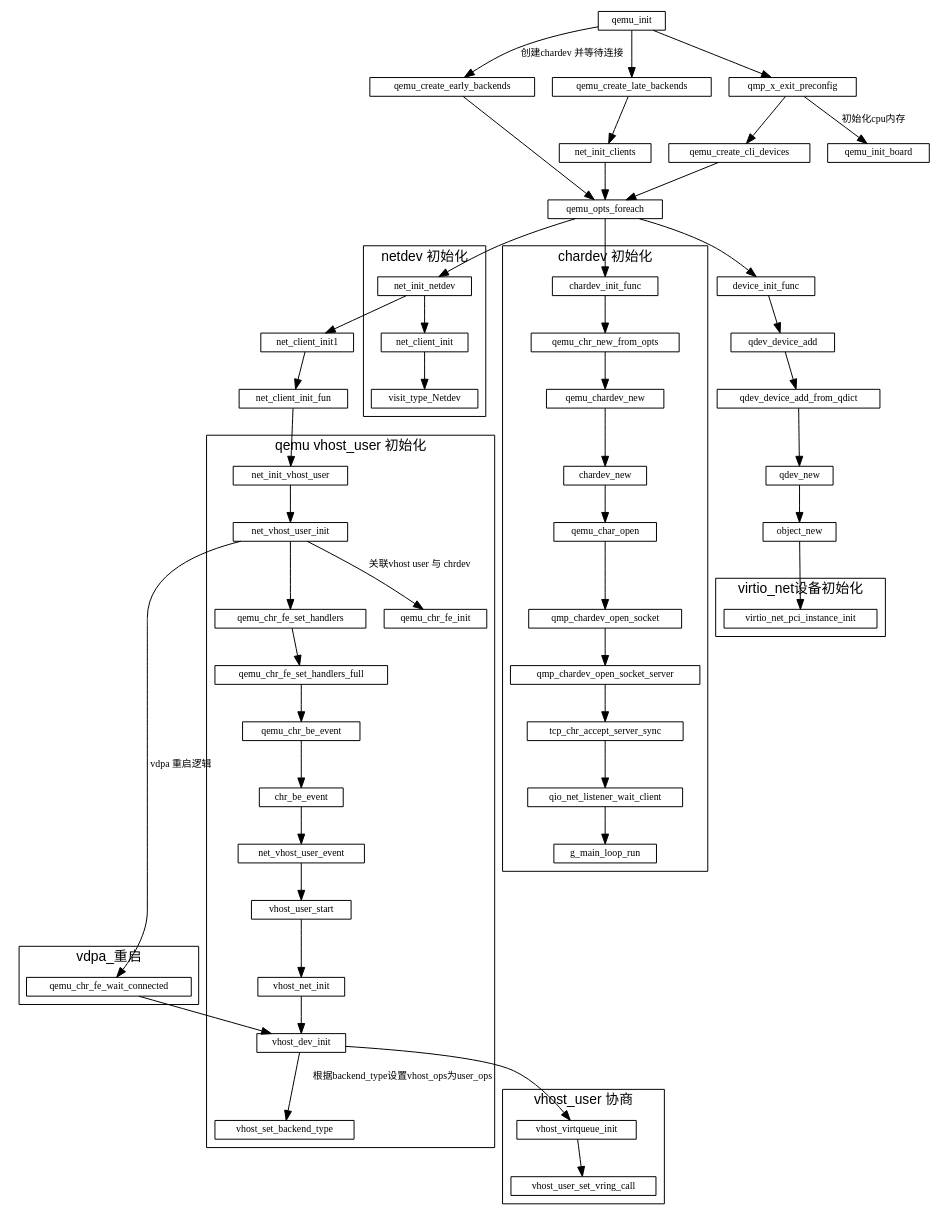
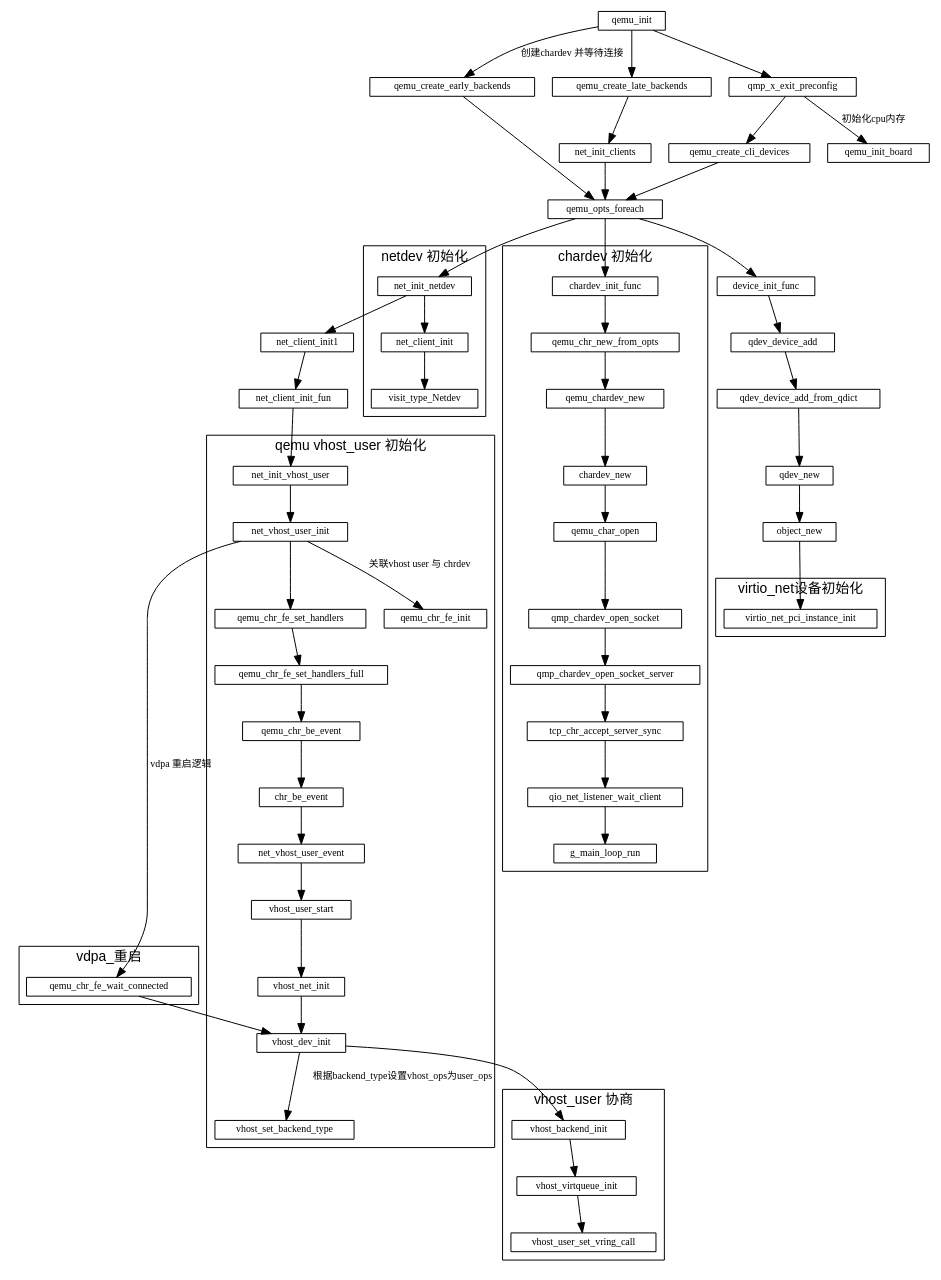
Before and after one commit to sisyphus1212/note: the diagram in qemu/qemu初始化.md, drawn with Graphviz.

Commit message:
auto_update

```diff
--- a/qemu/qemu初始化.md
+++ b/qemu/qemu初始化.md
@@ -68,6 +68,7 @@
         label="vhost_user 协商";
         cluster=true;
         vhost_dev_init
+            -> vhost_backend_init
             -> vhost_virtqueue_init
             -> vhost_user_set_vring_call
         //vhost_net_init ->
```
